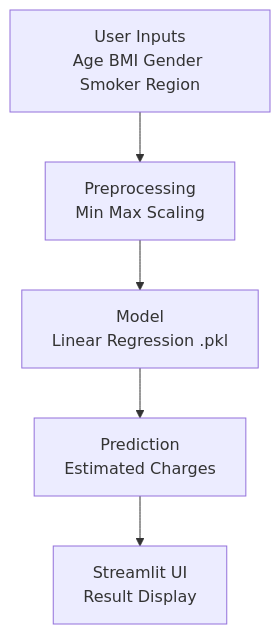
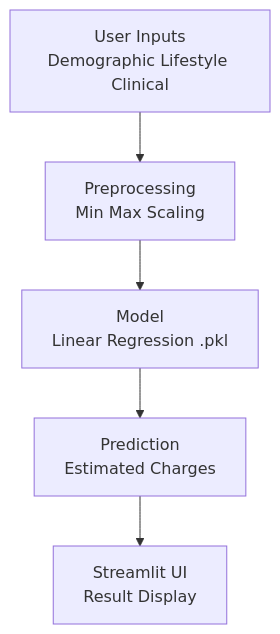
Before and after one commit to venkateshanayakb/Insurance_Charges_Prediction: the diagram in README.md, drawn with Mermaid. The commit also changed other lines of this file and 4 other files, not shown here.

````diff
--- a/README.md
+++ b/README.md
@@ -47,7 +47,7 @@
 ```mermaid
 flowchart TD
-    A[User Inputs<br>Age BMI Gender Smoker Region] --> B[Preprocessing<br>Min Max Scaling]
+    A[User Inputs<br>Demographic Lifestyle Clinical] --> B[Preprocessing<br>Min Max Scaling]
     B --> C[Model<br>Linear Regression .pkl]
     C --> D[Prediction<br>Estimated Charges]
     D --> E[Streamlit UI<br>Result Display]
 ```
````
